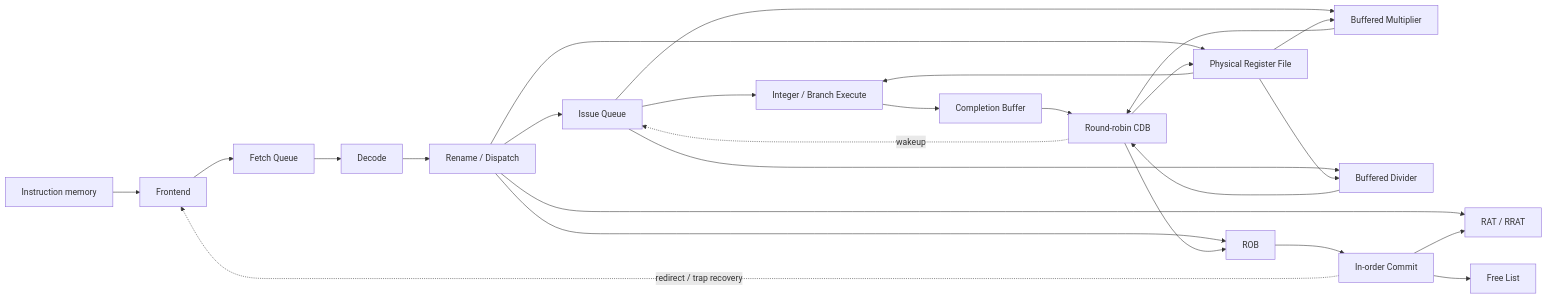
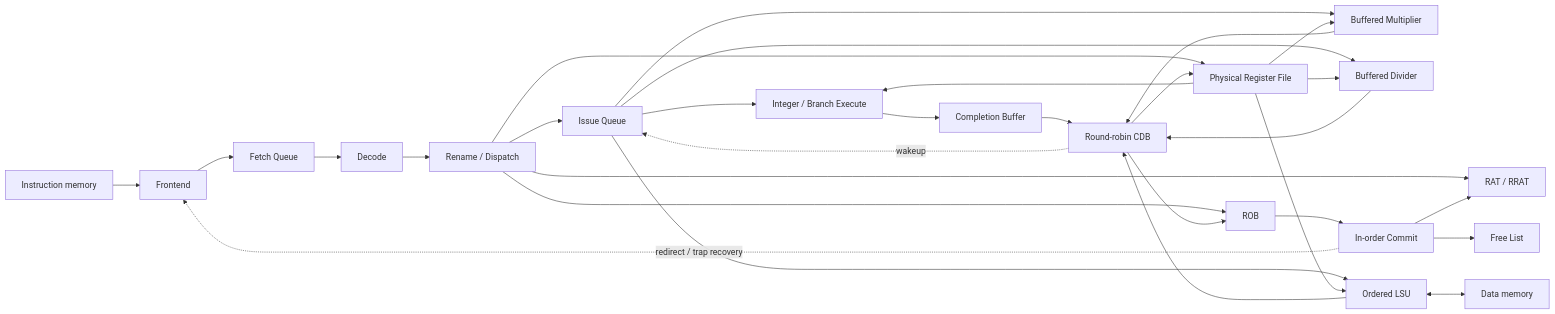
Before and after one commit to JustinYYZ/rv32im-research-core: the diagram in docs/design/rv32-ooo-core.md, drawn with Mermaid. The commit also changed other lines of this file and 23 other files, not shown here.

Commit message:
feat: integrate ordered memory execution into OoO core

````diff
--- a/docs/design/rv32-ooo-core.md
+++ b/docs/design/rv32-ooo-core.md
@@ -33,28 +33,32 @@
 ```mermaid
 flowchart LR
     IMEM[Instruction memory] --> FE[Frontend]
     FE --> FQ[Fetch Queue]
     FQ --> DEC[Decode]
     DEC --> REN[Rename / Dispatch]
     REN --> ROB[ROB]
     REN --> IQ[Issue Queue]
     REN --> RAT[RAT / RRAT]
     REN --> PRF[Physical Register File]
     IQ --> EX[Integer / Branch Execute]
     IQ --> MUL[Buffered Multiplier]
     IQ --> DIV[Buffered Divider]
+    IQ --> LSU[Ordered LSU]
     PRF --> EX
     PRF --> MUL
     PRF --> DIV
+    PRF --> LSU
+    LSU <--> DMEM[Data memory]
     EX --> CB[Completion Buffer]
     CB --> CDB[Round-robin CDB]
     MUL --> CDB
     DIV --> CDB
+    LSU --> CDB
     CDB --> PRF
     CDB --> ROB
     CDB -. wakeup .-> IQ
     ROB --> COMMIT[In-order Commit]
     COMMIT --> RAT
     COMMIT --> FL[Free List]
     COMMIT -. redirect / trap recovery .-> FE
 ```
````
